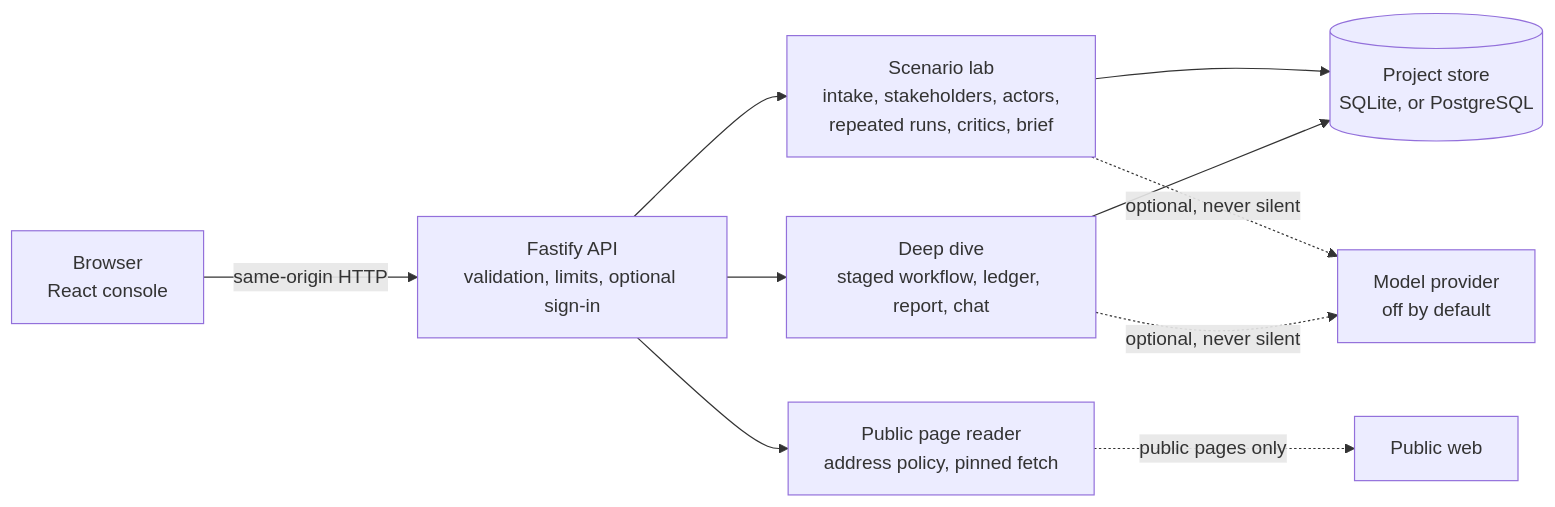
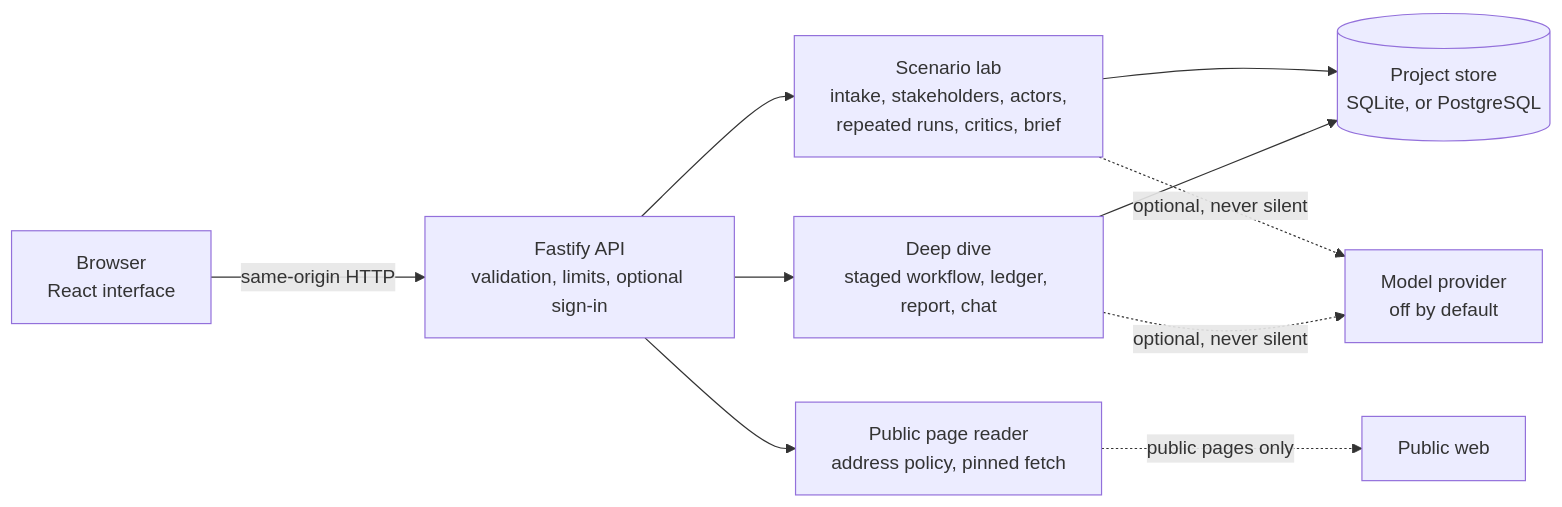
The diagram in README.md (snowjug/Swarm), drawn with Mermaid before and after one commit. The commit also changed other lines of this file and 778 other files, not shown here.

````diff
--- a/README.md
+++ b/README.md
@@ -340,21 +422,21 @@
 ```mermaid
 flowchart LR
-    Browser["Browser<br/>React console"]
+    Browser["Browser<br/>React interface"]
     API["Fastify API<br/>validation, limits, optional sign-in"]
     Pages["Public page reader<br/>address policy, pinned fetch"]
     Lab["Scenario lab<br/>intake, stakeholders, actors,<br/>repeated runs, critics, brief"]
     Deep["Deep dive<br/>staged workflow, ledger, report, chat"]
     Store[("Project store<br/>SQLite, or PostgreSQL")]
     Model["Model provider<br/>off by default"]
     Web["Public web"]
 
     Browser -->|"same-origin HTTP"| API
     API --> Lab
     API --> Deep
     API --> Pages
     Lab --> Store
     Deep --> Store
     Pages -.->|"public pages only"| Web
     Lab -.->|"optional, never silent"| Model
     Deep -.->|"optional, never silent"| Model
 ```
````
